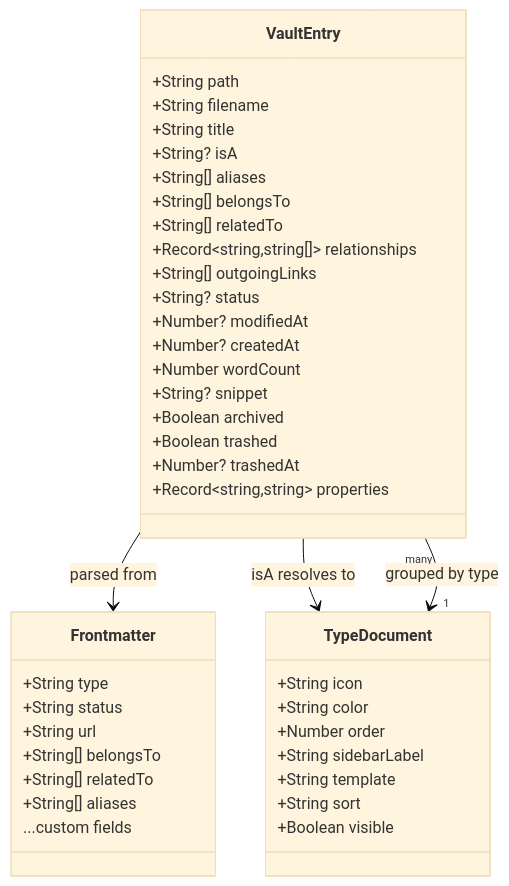
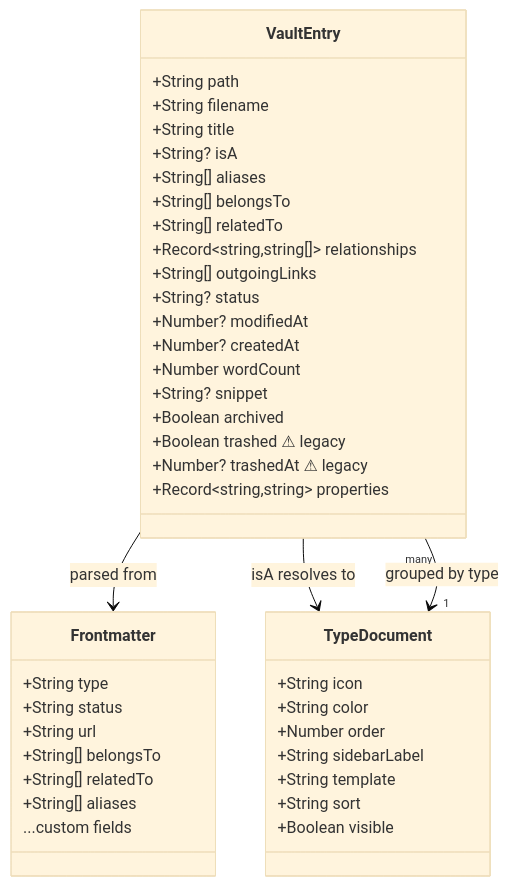
Before and after one commit to aimeritething/Fuwa: the first of 3 diagrams in docs/ABSTRACTIONS.md, drawn with Mermaid (base theme). The commit also changed other lines of this file and 122 other files, not shown here.

````diff
--- a/docs/ABSTRACTIONS.md
+++ b/docs/ABSTRACTIONS.md
@@ -62,47 +62,47 @@
 ```mermaid
 classDiagram
     class VaultEntry {
         +String path
         +String filename
         +String title
         +String? isA
         +String[] aliases
         +String[] belongsTo
         +String[] relatedTo
         +Record~string,string[]~ relationships
         +String[] outgoingLinks
         +String? status
         +Number? modifiedAt
         +Number? createdAt
         +Number wordCount
         +String? snippet
         +Boolean archived
-        +Boolean trashed
-        +Number? trashedAt
+        +Boolean trashed ⚠ legacy
+        +Number? trashedAt ⚠ legacy
         +Record~string,string~ properties
     }
 
     class TypeDocument {
         +String icon
         +String color
         +Number order
         +String sidebarLabel
         +String template
         +String sort
         +Boolean visible
     }
 
     class Frontmatter {
         +String type
         +String status
         +String url
         +String[] belongsTo
         +String[] relatedTo
         +String[] aliases
         ...custom fields
     }
 
     VaultEntry --> Frontmatter : parsed from
     VaultEntry --> TypeDocument : isA resolves to
     VaultEntry "many" --> "1" TypeDocument : grouped by type
 ```
````
